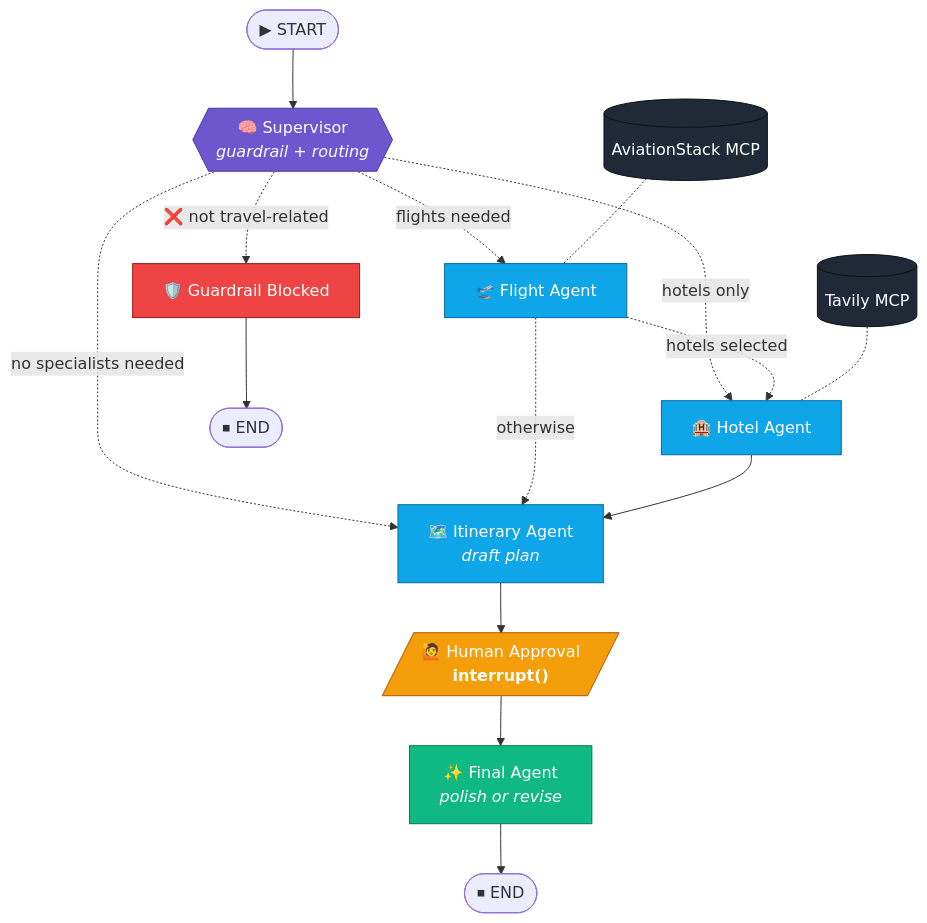
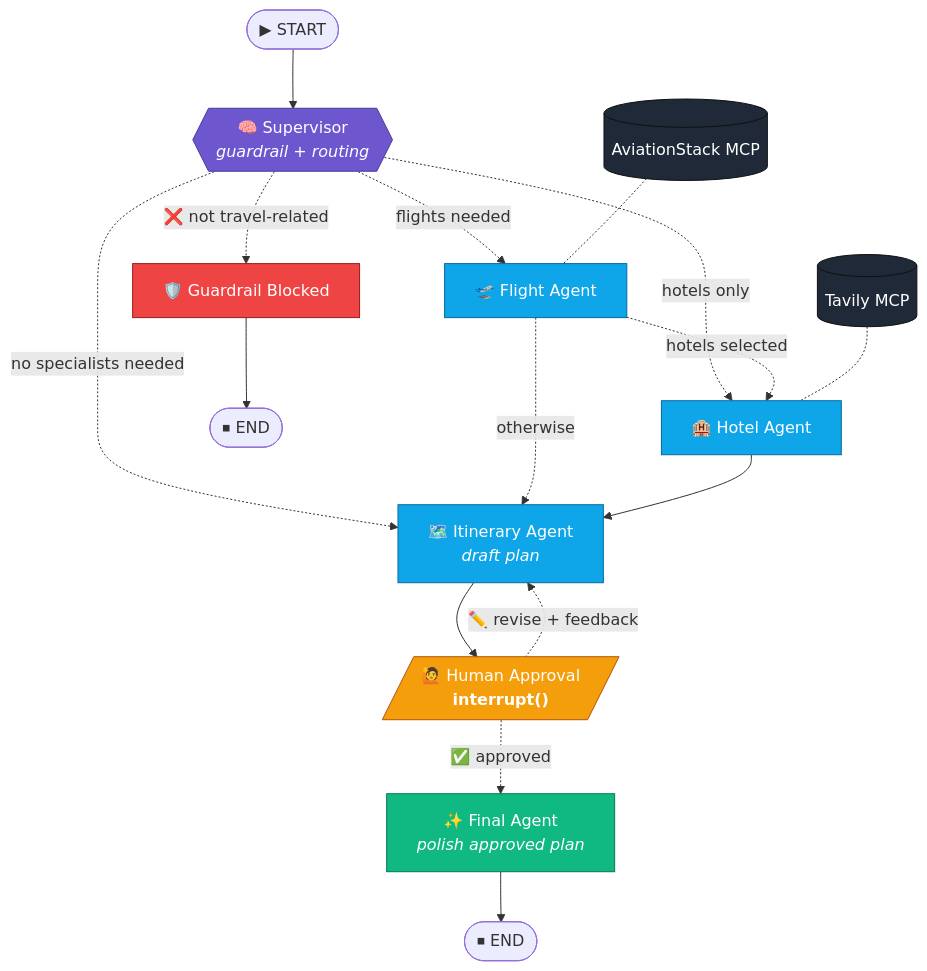
One commit to MuteebMMN/TripeMate-MultiAgent changed the first of 3 diagrams in README.md. Above: the diagram before and after it, drawn with Mermaid. The commit also changed other lines of this file and 3 other files, not shown here.

````diff
--- a/README.md
+++ b/README.md
@@ -55,37 +54,38 @@
 ```mermaid
 flowchart TD
     START([▶ START]) --> SUP
 
     SUP{{"🧠 Supervisor<br/><i>guardrail + routing</i>"}}
 
     SUP -. "❌ not travel-related" .-> BLOCK["🛡️ Guardrail Blocked"]
     SUP -. "flights needed" .-> FLIGHT["🛫 Flight Agent"]
     SUP -. "hotels only" .-> HOTEL["🏨 Hotel Agent"]
     SUP -. "no specialists needed" .-> ITIN
 
     FLIGHT -. "hotels selected" .-> HOTEL
     FLIGHT -. "otherwise" .-> ITIN
     HOTEL --> ITIN
 
     ITIN["🗺️ Itinerary Agent<br/><i>draft plan</i>"] --> HUMAN
-    HUMAN[/"🙋 Human Approval<br/><b>interrupt()</b>"/] --> FINAL
-    FINAL["✨ Final Agent<br/><i>polish or revise</i>"] --> END1([⏹ END])
+    HUMAN[/"🙋 Human Approval<br/><b>interrupt()</b>"/] -. "✅ approved" .-> FINAL
+    HUMAN -. "✏️ revise + feedback" .-> ITIN
+    FINAL["✨ Final Agent<br/><i>polish approved plan</i>"] --> END1([⏹ END])
     BLOCK --> END2([⏹ END])
 
     AV[(AviationStack MCP)] -.- FLIGHT
     TV[(Tavily MCP)] -.- HOTEL
 
     classDef sup fill:#6E56CF,stroke:#4c3a9e,color:#fff
     classDef agent fill:#0ea5e9,stroke:#0369a1,color:#fff
     classDef human fill:#f59e0b,stroke:#b45309,color:#fff
     classDef block fill:#ef4444,stroke:#991b1b,color:#fff
     classDef final fill:#10b981,stroke:#047857,color:#fff
     classDef tool fill:#1f2937,stroke:#111,color:#fff
 
     class SUP sup
     class FLIGHT,HOTEL,ITIN agent
     class HUMAN human
     class BLOCK block
     class FINAL final
     class AV,TV tool
 ```
````
